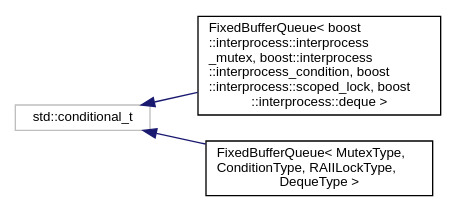
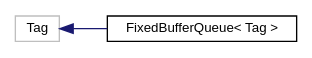
The diagram in inherit_graph_1.dot (akukhta/ki), drawn with Graphviz before and after one commit. The commit also changed 158 other files, not shown here.

```diff
--- a/inherit_graph_1.dot
+++ b/inherit_graph_1.dot
@@ -1,12 +1,10 @@
 digraph "Graphical Class Hierarchy"
 {
  // LATEX_PDF_SIZE
   edge [fontname="Helvetica",fontsize="10",labelfontname="Helvetica",labelfontsize="10"];
   node [fontname="Helvetica",fontsize="10",shape=record];
   rankdir="LR";
-  Node2 [label="std::conditional_t",height=0.2,width=0.4,color="grey75", fillcolor="white", style="filled",tooltip=" "];
-  Node2 -> Node0 [dir="back",color="midnightblue",fontsize="10",style="solid",fontname="Helvetica"];
-  Node0 [label="FixedBufferQueue\< boost\l::interprocess::interprocess\l_mutex, boost::interprocess\l::interprocess_condition, boost\l::interprocess::scoped_lock, boost\l::interprocess::deque \>",height=0.2,width=0.4,color="black", fillcolor="white", style="filled",URL="$classFixedBufferQueue.html",tooltip=" "];
-  Node2 -> Node4 [dir="back",color="midnightblue",fontsize="10",style="solid",fontname="Helvetica"];
-  Node4 [label="FixedBufferQueue\< MutexType,\l ConditionType, RAIILockType,\l DequeType \>",height=0.2,width=0.4,color="black", fillcolor="white", style="filled",URL="$classFixedBufferQueue.html",tooltip=" "];
+  Node28 [label="Tag",height=0.2,width=0.4,color="grey75", fillcolor="white", style="filled",tooltip=" "];
+  Node28 -> Node0 [dir="back",color="midnightblue",fontsize="10",style="solid",fontname="Helvetica"];
+  Node0 [label="FixedBufferQueue\< Tag \>",height=0.2,width=0.4,color="black", fillcolor="white", style="filled",URL="$classFixedBufferQueue.html",tooltip=" "];
 }
```
